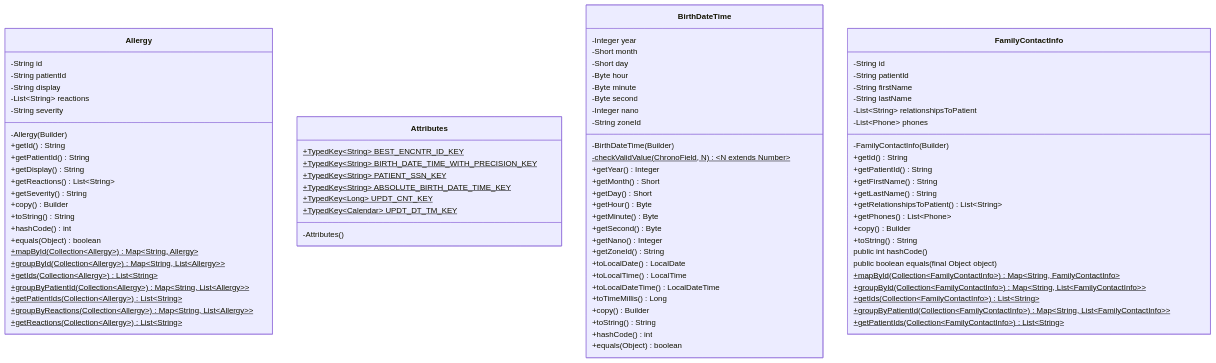
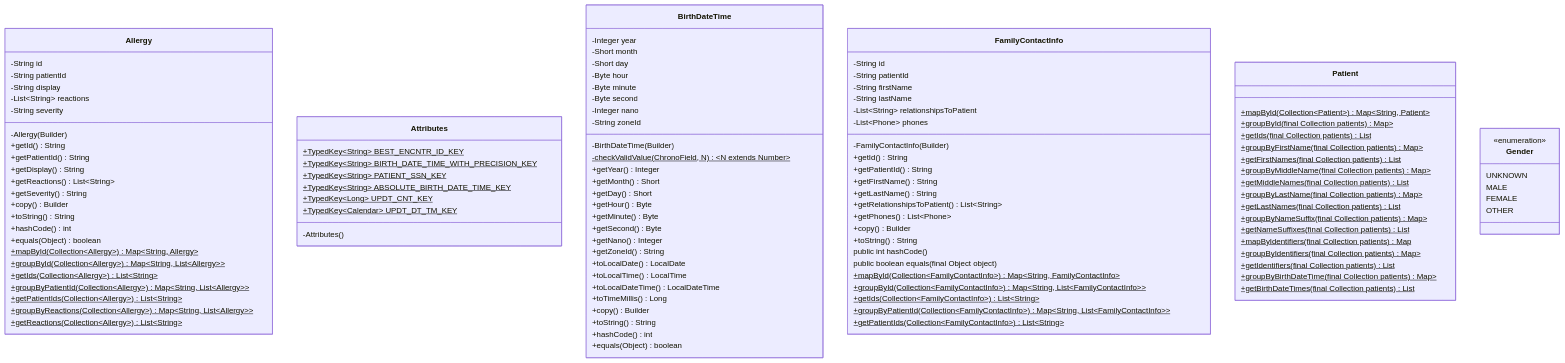
The diagram in README.md (abhishek171287/FACE-RECOGNITION-ATTENDANCE-SYSTEM-USING-RASPBERRY-PI), drawn with Mermaid before and after one commit.

````diff
--- a/README.md
+++ b/README.md
@@ -93,6 +93,34 @@
         +getIds(Collection~FamilyContactInfo~)$ List~String~
         +groupByPatientId(Collection~FamilyContactInfo~)$ Map&lt;String, List~FamilyContactInfo~&gt;
         +getPatientIds(Collection~FamilyContactInfo~)$ List~String~
+    }
+
+    class Patient{
+         
+        +mapById(Collection~Patient~)$ Map&lt;String, Patient&gt;
+        +groupById(final Collection<Patient> patients)$ Map<String, List<Patient>>
+        +getIds(final Collection<Patient> patients)$ List<String>
+        +groupByFirstName(final Collection<Patient> patients)$ Map<String, List<Patient>>
+        +getFirstNames(final Collection<Patient> patients)$ List<String>
+        +groupByMiddleName(final Collection<Patient> patients)$ Map<String, List<Patient>>
+        +getMiddleNames(final Collection<Patient> patients)$ List<String>
+        +groupByLastName(final Collection<Patient> patients)$ Map<String, List<Patient>>
+        +getLastNames(final Collection<Patient> patients)$ List<String>
+        +groupByNameSuffix(final Collection<Patient> patients)$ Map<String, List<Patient>>
+        +getNameSuffixes(final Collection<Patient> patients)$ List<String>
+        +mapByIdentifiers(final Collection<Patient> patients)$ Map<PatientIdentifier, Patient>
+        +groupByIdentifiers(final Collection<Patient> patients)$ Map<PatientIdentifier, List<Patient>>
+        +getIdentifiers(final Collection<Patient> patients)$ List<PatientIdentifier>
+        +groupByBirthDateTime(final Collection<Patient> patients)$ Map<BirthDateTime, List<Patient>>
+        +getBirthDateTimes(final Collection<Patient> patients)$ List<BirthDateTime>
         
     }
+
+    class Gender{
+        <<enumeration>>
+        UNKNOWN
+        MALE
+        FEMALE
+        OTHER
+      }
   ```
````
